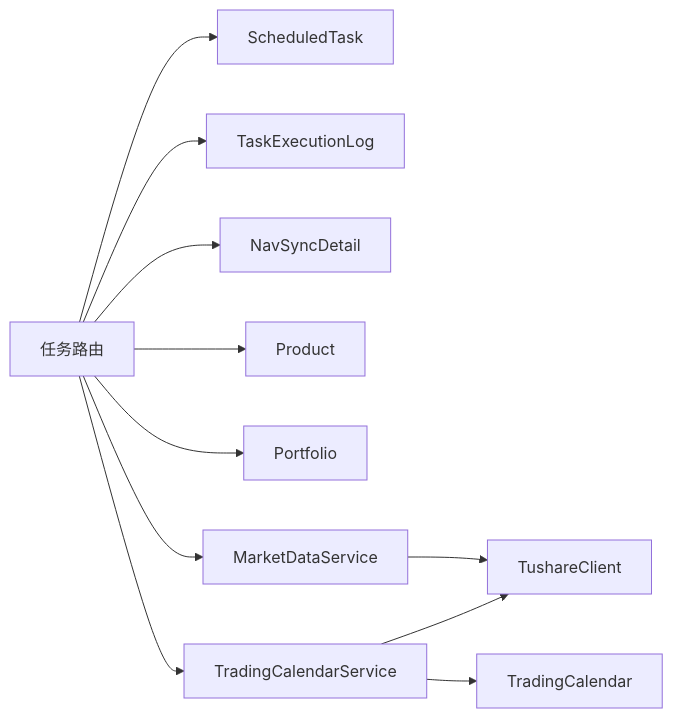
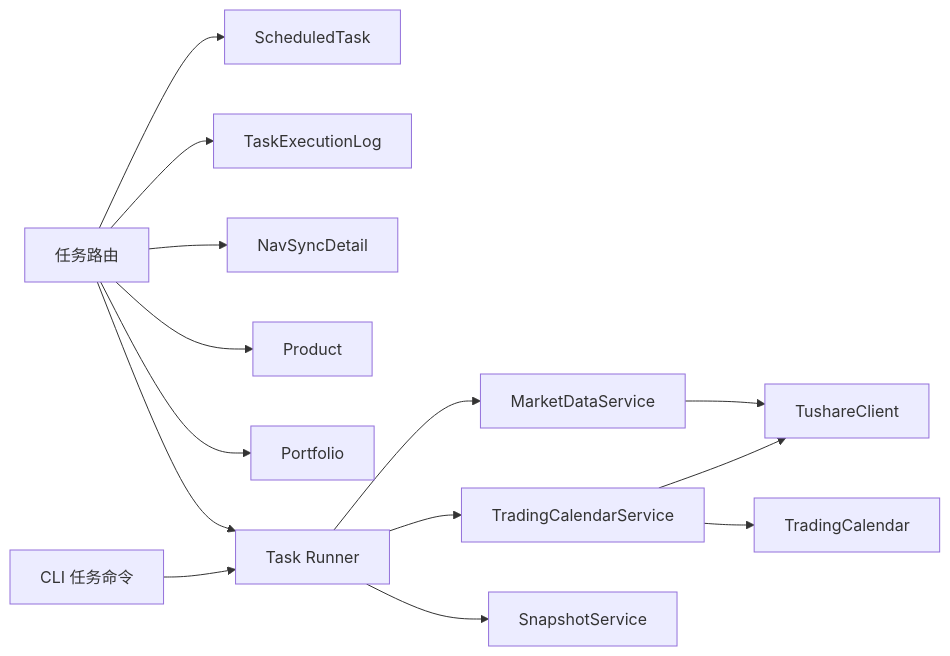
Before and after one commit to gujialind/InvestRing: diagram 14 of 14 in .qoder/repowiki/zh/content/任务调度系统/任务调度系统.md, drawn with Mermaid. The commit also changed other lines of this file and 44 other files, not shown here.

````diff
--- a/.qoder/repowiki/zh/content/任务调度系统/任务调度系统.md
+++ b/.qoder/repowiki/zh/content/任务调度系统/任务调度系统.md
@@ -390,13 +488,16 @@
 ```mermaid
 graph LR
 TasksRouter["任务路由"] --> ModelTask["ScheduledTask"]
 TasksRouter --> ModelLog["TaskExecutionLog"]
 TasksRouter --> ModelDetail["NavSyncDetail"]
 TasksRouter --> ModelProduct["Product"]
 TasksRouter --> ModelPortfolio["Portfolio"]
-TasksRouter --> MarketSvc["MarketDataService"]
-TasksRouter --> CalendarSvc["TradingCalendarService"]
+TasksRouter --> TaskRunner["Task Runner"]
+CLITasks["CLI 任务命令"] --> TaskRunner
+TaskRunner --> MarketSvc["MarketDataService"]
+TaskRunner --> CalendarSvc["TradingCalendarService"]
+TaskRunner --> SnapshotSvc["SnapshotService"]
 MarketSvc --> Tushare["TushareClient"]
 CalendarSvc --> Tushare
 CalendarSvc --> ModelCalendar["TradingCalendar"]
 ```
````
